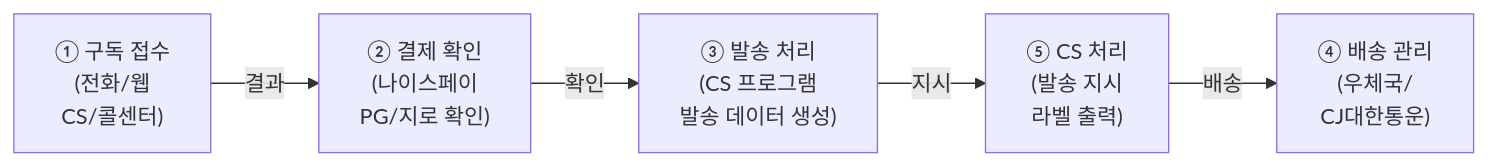
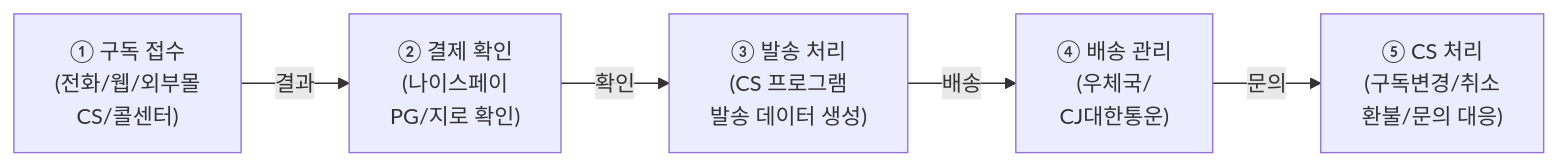
One commit to sknkwoxs/manual-book changed the first of 10 diagrams in src/content/docs/goodthinking-isp/02-analysis/business-analysis.md. Above: the diagram before and after it, drawn with Mermaid. The commit also changed other lines of this file and 8 other files, not shown here.

Commit message:
docs(goodthinking-isp): 경영지원팀 Mermaid 인터뷰 반영, 용어사전 확충, 오타·렌더링 수정

````diff
--- a/src/content/docs/goodthinking-isp/02-analysis/business-analysis.md
+++ b/src/content/docs/goodthinking-isp/02-analysis/business-analysis.md
@@ -44,7 +44,7 @@
 ```mermaid
 flowchart LR
-    A["① 구독 접수<br/>(전화/웹<br/>CS/콜센터)"] -->|결과| B["② 결제 확인<br/>(나이스페이<br/>PG/지로 확인)"]
+    A["① 구독 접수<br/>(전화/웹/외부몰<br/>CS/콜센터)"] -->|결과| B["② 결제 확인<br/>(나이스페이<br/>PG/지로 확인)"]
     B -->|확인| C["③ 발송 처리<br/>(CS 프로그램<br/>발송 데이터 생성)"]
-    C -->|지시| D["⑤ CS 처리<br/>(발송 지시<br/>라벨 출력)"]
-    D -->|배송| E["④ 배송 관리<br/>(우체국/<br/>CJ대한통운)"]
+    C -->|배송| D["④ 배송 관리<br/>(우체국/<br/>CJ대한통운)"]
+    D -->|문의| E["⑤ CS 처리<br/>(구독변경/취소<br/>환불/문의 대응)"]
 ```
````
